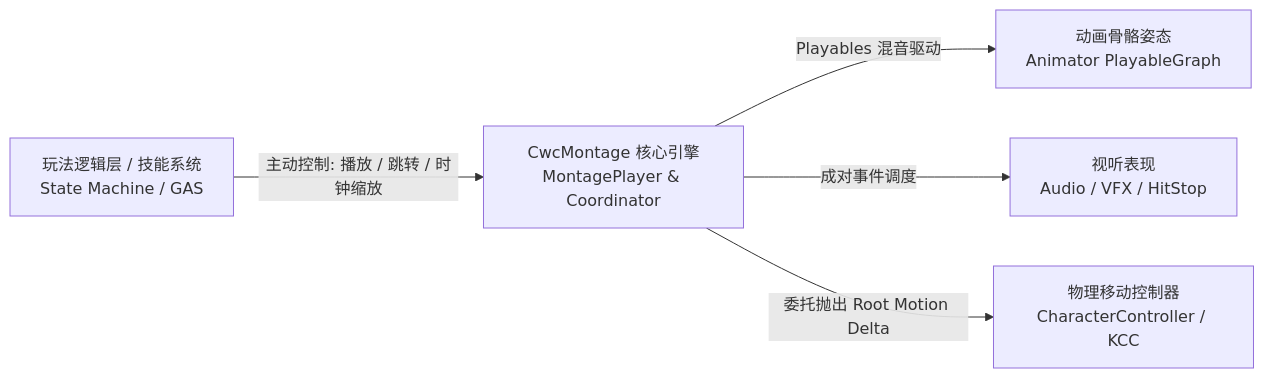
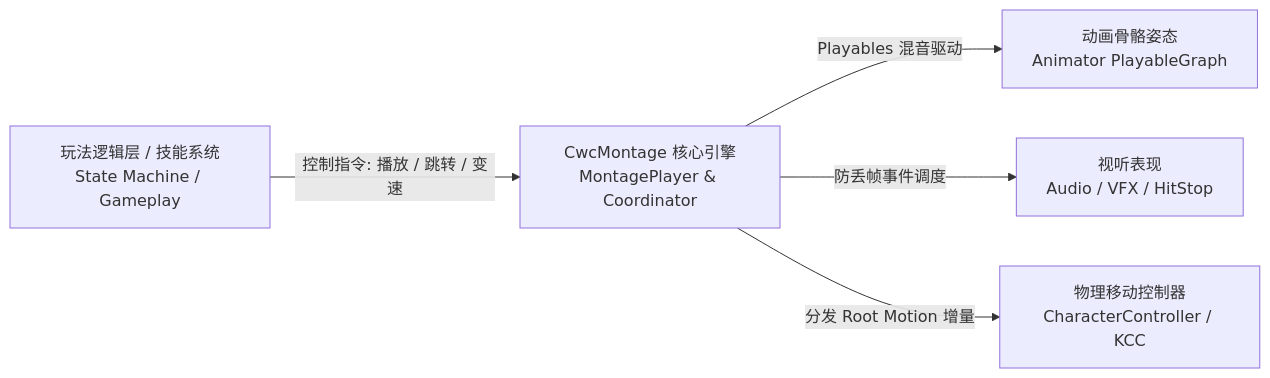
Before and after one commit to CwcbbChao/CwcMontage: the diagram in docs/guide/introduction.md, drawn with Mermaid. The commit also changed other lines of this file and 11 other files, not shown here.

````diff
--- a/docs/guide/introduction.md
+++ b/docs/guide/introduction.md
@@ -23,7 +23,7 @@
 ```mermaid
 flowchart LR
-    A[玩法逻辑层 / 技能系统\nState Machine / GAS] -->|主动控制: 播放 / 跳转 / 时钟缩放| B[CwcMontage 核心引擎\nMontagePlayer & Coordinator]
+    A[玩法逻辑层 / 技能系统\nState Machine / Gameplay] -->|控制指令: 播放 / 跳转 / 变速| B[CwcMontage 核心引擎\nMontagePlayer & Coordinator]
     B -->|Playables 混音驱动| C[动画骨骼姿态\nAnimator PlayableGraph]
-    B -->|成对事件调度| D[视听表现\nAudio / VFX / HitStop]
-    B -->|委托抛出 Root Motion Delta| E[物理移动控制器\nCharacterController / KCC]
+    B -->|防丢帧事件调度| D[视听表现\nAudio / VFX / HitStop]
+    B -->|分发 Root Motion 增量| E[物理移动控制器\nCharacterController / KCC]
 ```
````
